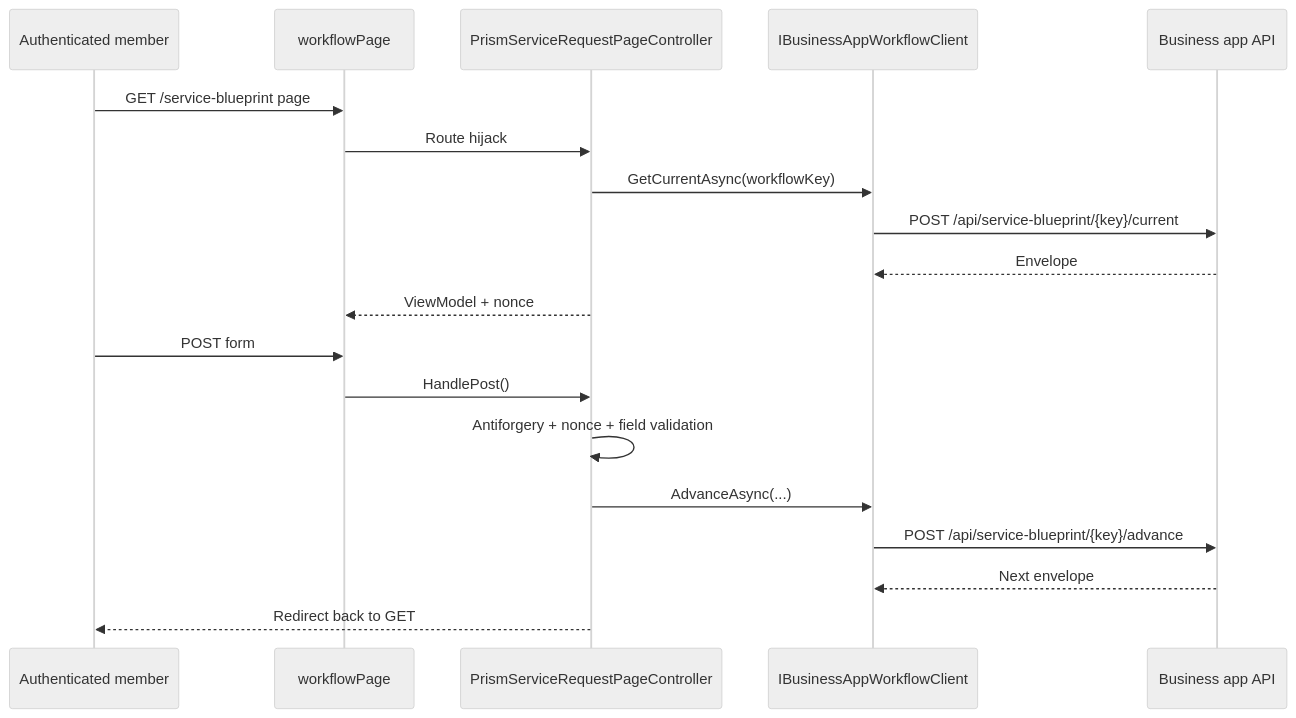
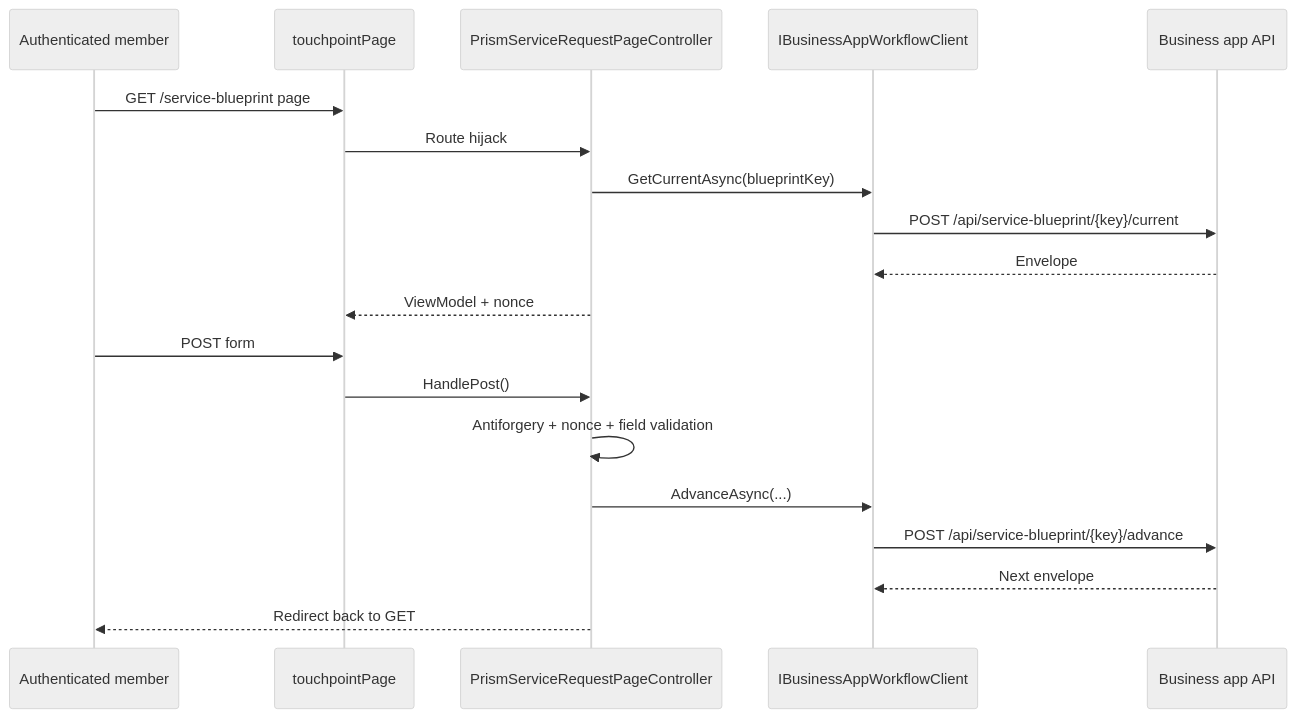
The diagram in docs/design/service-request-forms-engine-umbraco.md (jonnymuir/Umbraco.Prism), drawn with Mermaid (neutral theme) before and after one commit. The commit also changed other lines of this file and 19 other files, not shown here.

````diff
--- a/docs/design/service-request-forms-engine-umbraco.md
+++ b/docs/design/service-request-forms-engine-umbraco.md
@@ -99,22 +99,22 @@
 ```mermaid
 sequenceDiagram
     participant Member as Authenticated member
-    participant Page as workflowPage
+    participant Page as touchpointPage
     participant Controller as PrismServiceRequestPageController
     participant Client as IBusinessAppWorkflowClient
     participant API as Business app API
 
     Member->>Page: GET /service-blueprint page
     Page->>Controller: Route hijack
-    Controller->>Client: GetCurrentAsync(workflowKey)
+    Controller->>Client: GetCurrentAsync(blueprintKey)
     Client->>API: POST /api/service-blueprint/{key}/current
     API-->>Client: Envelope
     Controller-->>Page: ViewModel + nonce
     Member->>Page: POST form
     Page->>Controller: HandlePost()
     Controller->>Controller: Antiforgery + nonce + field validation
     Controller->>Client: AdvanceAsync(...)
     Client->>API: POST /api/service-blueprint/{key}/advance
     API-->>Client: Next envelope
     Controller-->>Member: Redirect back to GET
 ```
````
